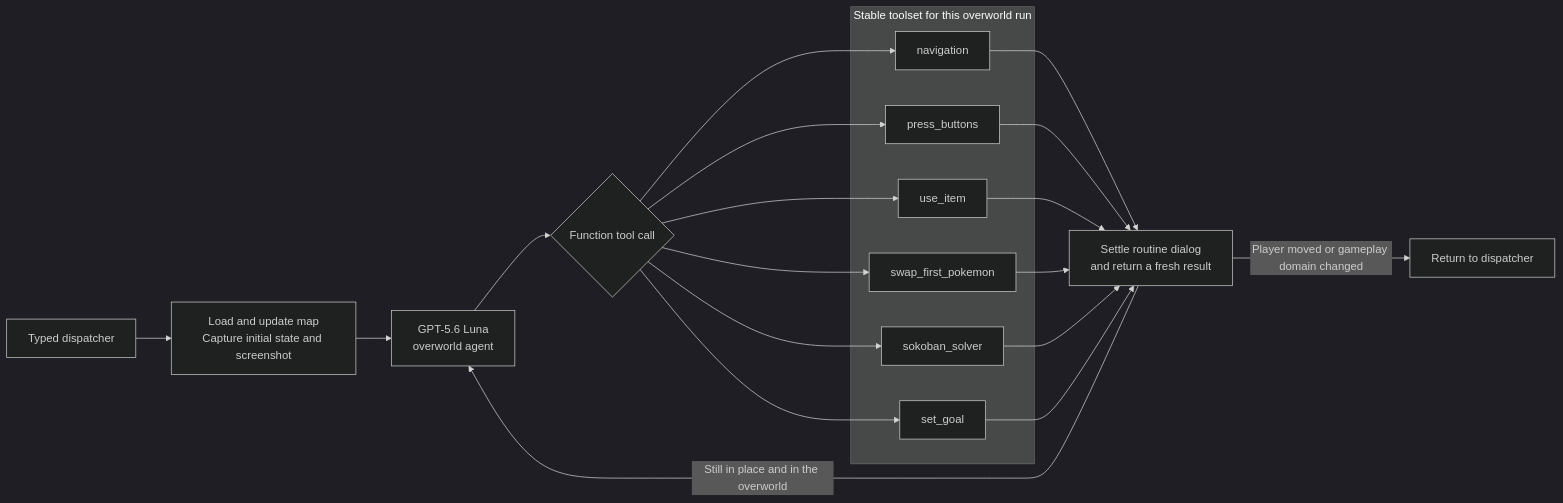
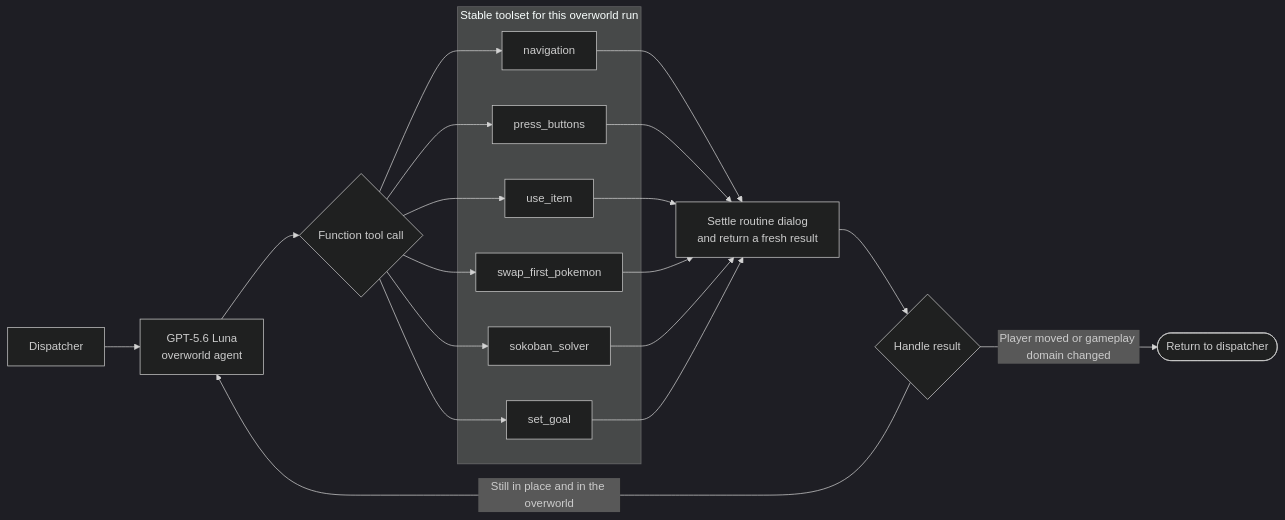
One commit to clambro/ai-plays-pokemon changed the second of 4 diagrams in docs/workflow.md. Above: the diagram before and after it, drawn with Mermaid (dark theme). The commit also changed other lines of this file and 2 other files, not shown here.

````diff
--- a/docs/workflow.md
+++ b/docs/workflow.md
@@ -35,32 +35,32 @@
 ```mermaid
 flowchart LR
-    dispatch["Typed dispatcher"] --> prepare["Load and update map<br/>Capture initial state and screenshot"]
-    prepare --> agent["GPT-5.6 Luna<br/>overworld agent"]
+    dispatch["Dispatcher"] --> agent["GPT-5.6 Luna<br/>overworld agent"]
     agent --> choice{"Function tool call"}
 
     subgraph toolset["Stable toolset for this overworld run"]
         navigate["navigation"]
         buttons["press_buttons"]
         item["use_item"]
         swap["swap_first_pokemon"]
         sokoban["sokoban_solver"]
         set_goal["set_goal"]
     end
 
     choice --> navigate
     choice --> buttons
     choice --> item
     choice --> swap
     choice --> sokoban
     choice --> set_goal
 
-    navigate --> observe["Settle routine dialog<br/>and return a fresh result"]
-    buttons --> observe
-    item --> observe
-    swap --> observe
-    sokoban --> observe
-    set_goal --> observe
+    navigate --> settle["Settle routine dialog<br/>and return a fresh result"]
+    buttons --> settle
+    item --> settle
+    swap --> settle
+    sokoban --> settle
+    set_goal --> settle
 
-    observe -->|"Still in place and in the overworld"| agent
-    observe -->|"Player moved or gameplay domain changed"| finish["Return to dispatcher"]
+    settle --> continue{"Handle result"}
+    continue -->|"Still in place and in the overworld"| agent
+    continue -->|"Player moved or gameplay domain changed"| finish(["Return to dispatcher"])
 ```
````
